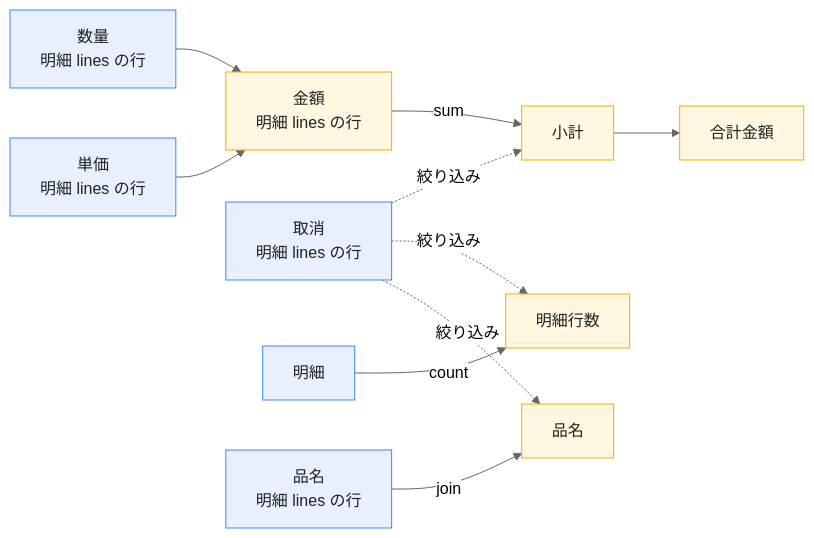
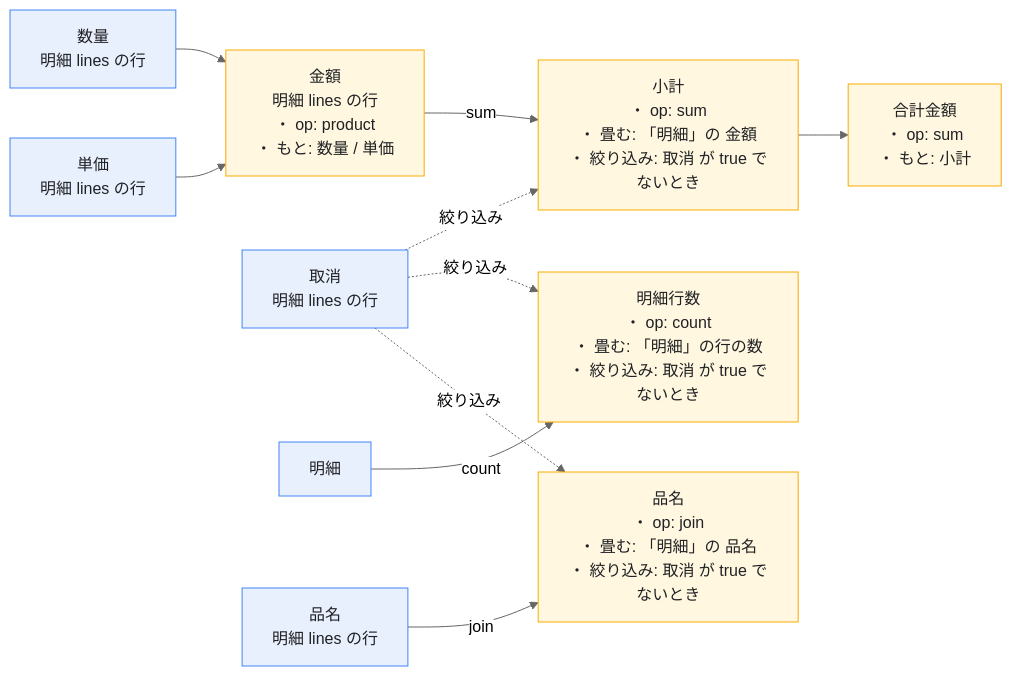
Before and after one commit to ASIL-E-Hatake/hatake: the diagram in site/docs/diagrams.md, drawn with Mermaid (neutral theme). The commit also changed other lines of this file and 23 other files, not shown here.

Commit message:
feat(diagram,material): 図に計算の中身を出し、押す前に言えることを押す前に言う

````diff
--- a/site/docs/diagrams.md
+++ b/site/docs/diagrams.md
@@ -89,28 +95,28 @@
 ```mermaid
 %% 受注入力: 計算の依存
-%% 左から右へ「この項目はここから出る」。赤い線は順番が逆（空のまま計算される）
+%% 左から右へ「この項目はここから出る」。箱の中は計算の中身（何をどう畳むか・どの行に絞るか）。赤い線は順番が逆（空のまま計算される）
 flowchart LR
   lines_qty["数量<br/>明細 lines の行"]
   lines_price["単価<br/>明細 lines の行"]
-  lines_amount["金額<br/>明細 lines の行"]
+  lines_amount["金額<br/>明細 lines の行<br/>・ op: product<br/>・ もと: 数量 / 単価"]
   lines_cancelled["取消<br/>明細 lines の行"]
-  subtotal["小計"]
+  subtotal["小計<br/>・ op: sum<br/>・ 畳む: 「明細」の 金額<br/>・ 絞り込み: 取消 が true でないとき"]
   lines["明細"]
-  lineCount["明細行数"]
+  lineCount["明細行数<br/>・ op: count<br/>・ 畳む: 「明細」の行の数<br/>・ 絞り込み: 取消 が true でないとき"]
   lines_item["品名<br/>明細 lines の行"]
-  itemNames["品名"]
-  total["合計金額"]
+  itemNames["品名<br/>・ op: join<br/>・ 畳む: 「明細」の 品名<br/>・ 絞り込み: 取消 が true でないとき"]
+  total["合計金額<br/>・ op: sum<br/>・ もと: 小計"]
   lines_qty --> lines_amount
   lines_price --> lines_amount
   lines_amount -->|sum| subtotal
   lines_cancelled -.->|絞り込み| subtotal
   lines -->|count| lineCount
   lines_cancelled -.->|絞り込み| lineCount
   lines_item -->|join| itemNames
   lines_cancelled -.->|絞り込み| itemNames
   subtotal --> total
   classDef input fill:#e8f0fe,stroke:#4285f4,color:#202124
   class lines_qty,lines_price,lines_cancelled,lines,lines_item input
   classDef output fill:#fff7e0,stroke:#f9ab00,color:#202124
   class lines_amount,subtotal,lineCount,itemNames,total output
 ```
````
